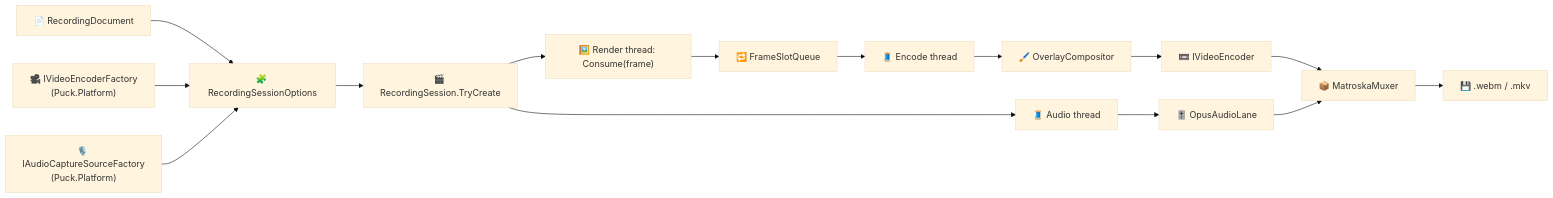
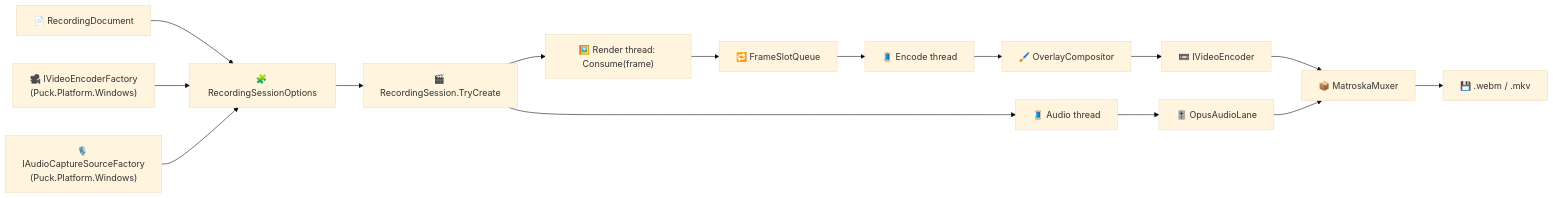
The diagram in docs/reference/recording.md (ByteTerrace/Puck), drawn with Mermaid (base theme) before and after one commit. The commit also changed other lines of this file and 4567 other files, not shown here.

````diff
--- a/docs/reference/recording.md
+++ b/docs/reference/recording.md
@@ -46,17 +48,17 @@
 ```mermaid
 flowchart LR
     Doc["📄 RecordingDocument"] --> Options["🧩 RecordingSessionOptions"]
-    VideoFactory["🎥 IVideoEncoderFactory<br/>(Puck.Platform)"] --> Options
-    AudioFactory["🎙️ IAudioCaptureSourceFactory<br/>(Puck.Platform)"] --> Options
+    VideoFactory["🎥 IVideoEncoderFactory<br/>(Puck.Platform.Windows)"] --> Options
+    AudioFactory["🎙️ IAudioCaptureSourceFactory<br/>(Puck.Platform.Windows)"] --> Options
     Options --> Session["🎬 RecordingSession.TryCreate"]
     Session --> Render["🖼️ Render thread: Consume(frame)"]
     Render --> Queue["🔁 FrameSlotQueue"]
     Queue --> Encode["🧵 Encode thread"]
     Encode --> Overlay["🖌️ OverlayCompositor"]
     Overlay --> Video["📼 IVideoEncoder"]
     Session --> Audio["🧵 Audio thread"]
     Audio --> Lane["🎚️ OpusAudioLane"]
     Video --> Mux["📦 MatroskaMuxer"]
     Lane --> Mux
     Mux --> File["💾 .webm / .mkv"]
 ```
````
